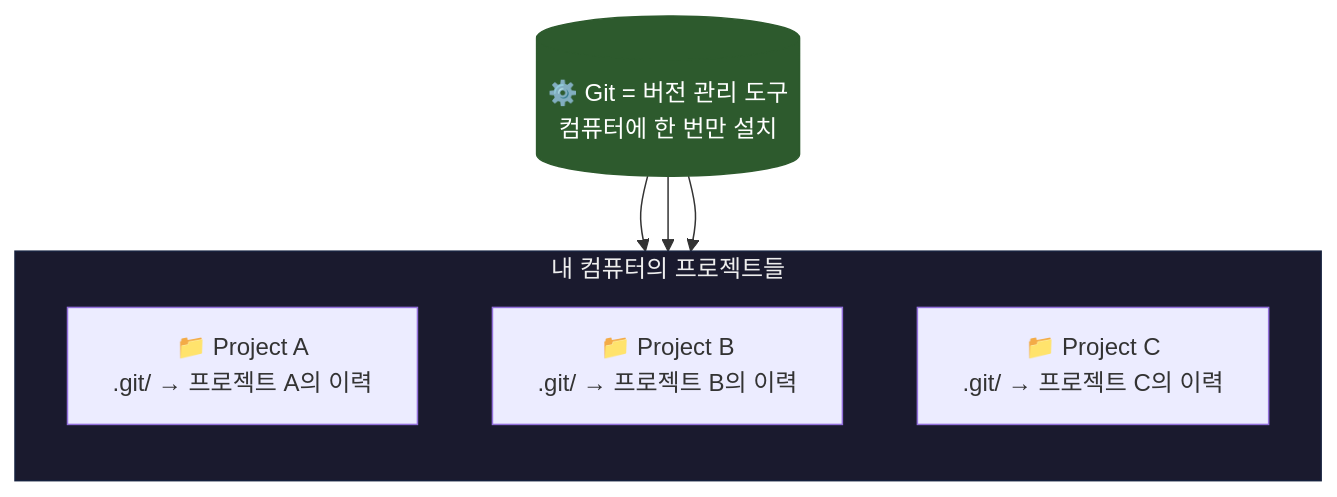
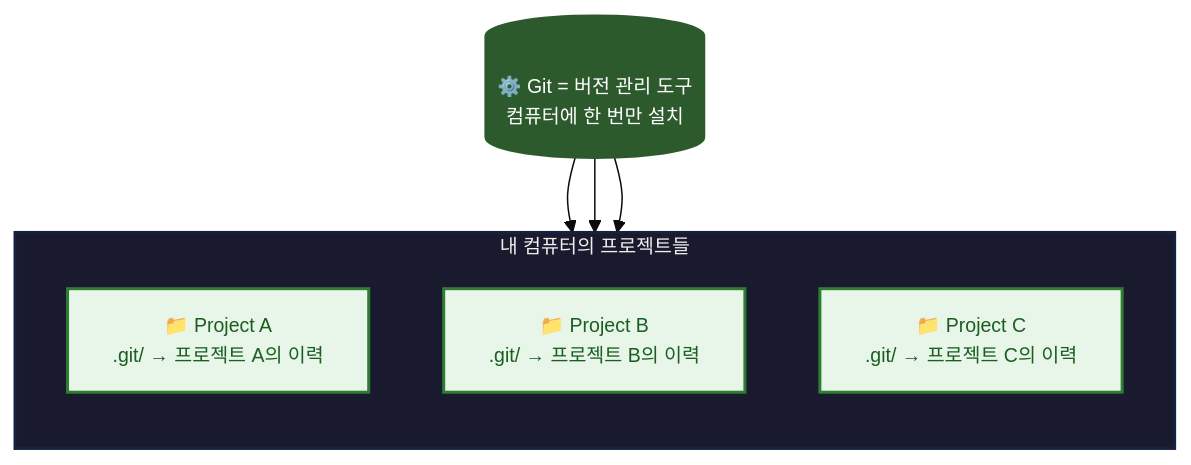
One commit to jingu279/Document changed the first of 5 diagrams in git/01_서론/01_Git이란.md. Above: the diagram before and after it, drawn with Mermaid. The commit also changed other lines of this file and 24 other files, not shown here.

First line of the commit message:
Git 문서 전체 Mermaid 다이어그램 스타일링 통일

````diff
--- a/git/01_서론/01_Git이란.md
+++ b/git/01_서론/01_Git이란.md
@@ -21,18 +21,28 @@
 ```mermaid
+%%{init: {'theme': 'base', 'themeVariables': {'fontSize': '13px'}}}%%
 flowchart TB
   G[("⚙️ Git = 버전 관리 도구<br/>컴퓨터에 한 번만 설치")]
 
   subgraph Repos[내 컴퓨터의 프로젝트들]
     direction TB
     R1["📁 Project A<br/>.git/ → 프로젝트 A의 이력"]
     R2["📁 Project B<br/>.git/ → 프로젝트 B의 이력"]
     R3["📁 Project C<br/>.git/ → 프로젝트 C의 이력"]
   end
 
   G --> R1
   G --> R2
   G --> R3
 
   style G fill:#2d5a2d,stroke:#2d5a2d,color:#fff
   style Repos fill:#1a1a2e,stroke:#16213e,color:#eee
+
+  classDef main fill:#fff3e0,stroke:#e65100,stroke-width:2px,color:#bf360c
+  classDef sub fill:#e8f5e9,stroke:#2e7d32,stroke-width:2px,color:#1b5e20
+  classDef proc fill:#e3f2fd,stroke:#1565c0,stroke-width:2px,color:#0d47a1
+  classDef decision fill:#fff9c4,stroke:#f9a825,stroke-width:2px,color:#e65100
+  classDef highlight fill:#f3e5f5,stroke:#6a1b9a,stroke-width:2px,color:#4a148c
+  class G main
+  class R1,R2,R3 sub
+  class Repos highlight
 ```
````
